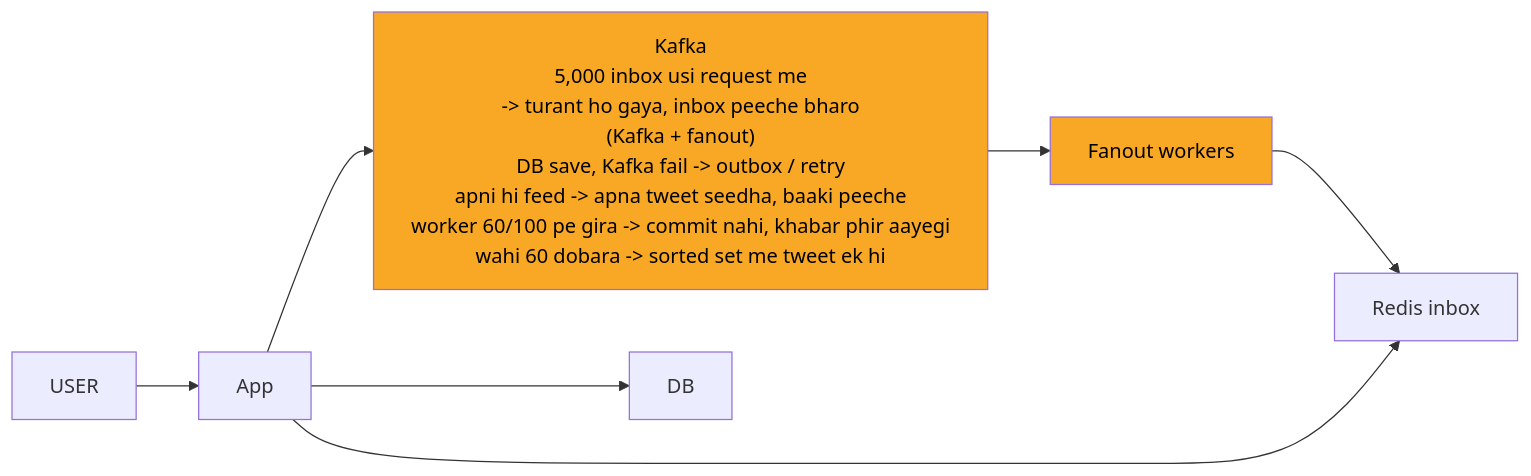
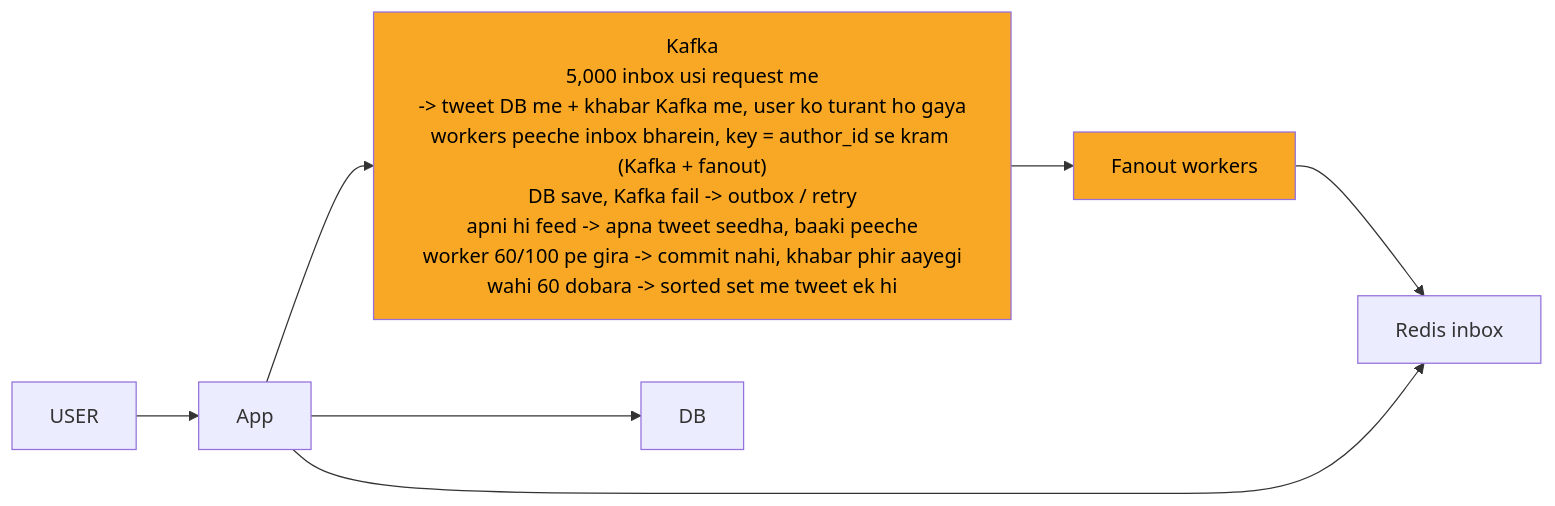
One commit to ArpanMaheshwari144/Prep changed the third of 12 diagrams in 04_HLD/SYSTEM_DESIGNS/03_twitter_feed/03_twitter_feed.md. Above: the diagram before and after it, drawn with Mermaid. The commit also changed other lines of this file and 13 other files, not shown here.

````diff
--- a/04_HLD/SYSTEM_DESIGNS/03_twitter_feed/03_twitter_feed.md
+++ b/04_HLD/SYSTEM_DESIGNS/03_twitter_feed/03_twitter_feed.md
@@ -139,18 +143,18 @@
 ```mermaid
 %%{init: {"flowchart": {"wrappingWidth": 450}}}%%
 flowchart LR
     n_USER["USER"]
     n_App["App"]
-    n_Kafka["Kafka<br/>5,000 inbox usi request me<br/>-> turant ho gaya, inbox peeche bharo<br/>(Kafka + fanout)<br/>DB save, Kafka fail -> outbox / retry<br/>apni hi feed -> apna tweet seedha, baaki peeche<br/>worker 60/100 pe gira -> commit nahi, khabar phir aayegi<br/>wahi 60 dobara -> sorted set me tweet ek hi"]
+    n_Kafka["Kafka<br/>5,000 inbox usi request me<br/>-> tweet DB me + khabar Kafka me, user ko turant ho gaya<br/>workers peeche inbox bharein, key = author_id se kram (Kafka + fanout)<br/>DB save, Kafka fail -> outbox / retry<br/>apni hi feed -> apna tweet seedha, baaki peeche<br/>worker 60/100 pe gira -> commit nahi, khabar phir aayegi<br/>wahi 60 dobara -> sorted set me tweet ek hi"]
     n_Fanout_workers["Fanout workers"]
     n_Redis_inbox["Redis inbox"]
     n_DB["DB"]
     n_USER --> n_App
     n_App --> n_Kafka
     n_App --> n_DB
     n_Kafka --> n_Fanout_workers
     n_Fanout_workers --> n_Redis_inbox
     n_App --> n_Redis_inbox
     style n_Kafka fill:#f9a825,color:#000
     style n_Fanout_workers fill:#f9a825,color:#000
 ```
````
